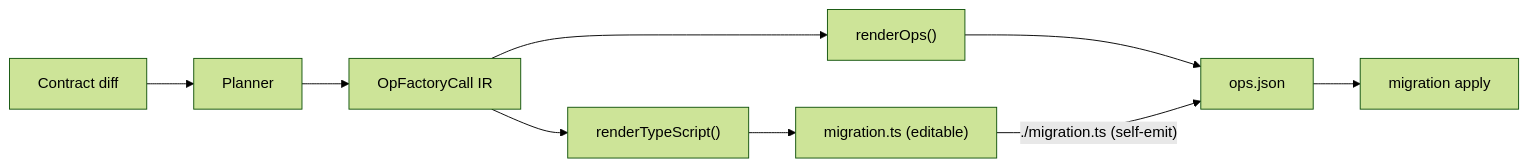
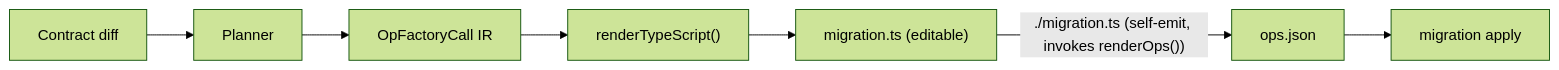
The second of 3 diagrams in docs/architecture docs/subsystems/7. Migration System.md (prisma/prisma-next), drawn with Mermaid (forest theme) before and after one commit.

Commit message:
docs(migration-system): align authoring-pipeline mermaid with prose
The flowchart previously showed `renderOps() --> ops.json` as an
independent writer, contradicting the prose at step 5 that says
self-emission is the only path that produces `ops.json`. Replace the
direct edge with a self-emit edge labelled "./migration.ts (self-emit,
invokes renderOps())" so the diagram and text describe the same
lifecycle.

````diff
--- a/docs/architecture docs/subsystems/7. Migration System.md
+++ b/docs/architecture docs/subsystems/7. Migration System.md
@@ -42,11 +42,9 @@
 ```mermaid
 flowchart LR
   diff[Contract diff] --> planner[Planner]
   planner --> ir["OpFactoryCall IR"]
   ir --> renderTs["renderTypeScript()"]
-  ir --> renderOps["renderOps()"]
   renderTs --> ts["migration.ts (editable)"]
-  renderOps --> ops["ops.json"]
-  ts -->|"./migration.ts (self-emit)"| ops
+  ts -->|"./migration.ts (self-emit, invokes renderOps())"| ops["ops.json"]
   ops --> apply["migration apply"]
 ```
````
